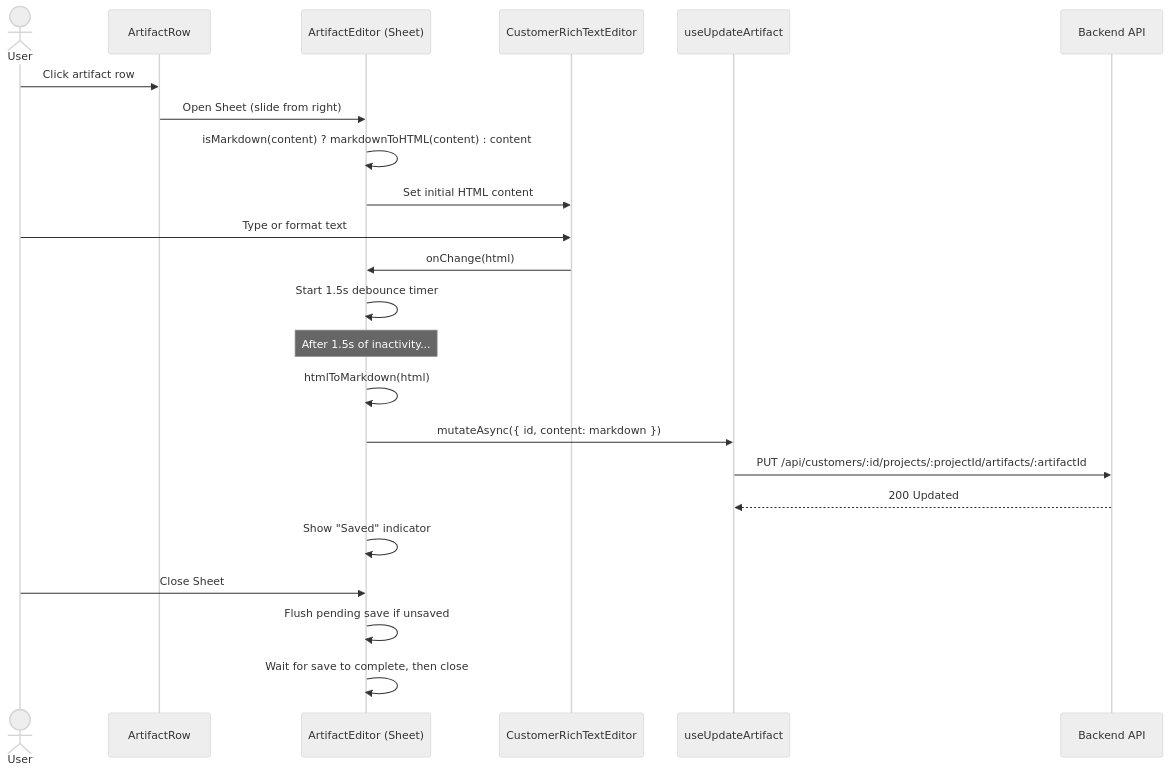
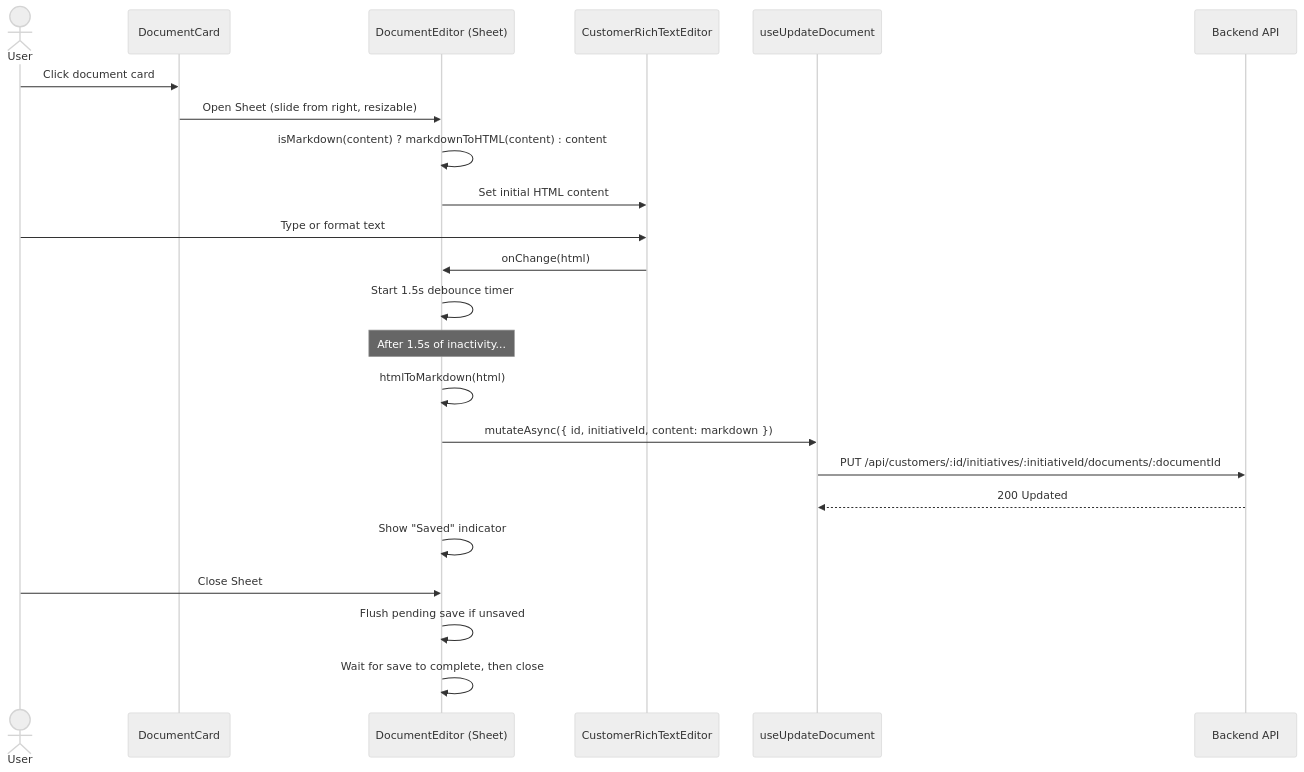
One commit to kobiagi-builder/nextup changed the sixth of 7 diagrams in docs/flows/customer-management-flow.md. Above: the diagram before and after it, drawn with Mermaid (neutral theme). The commit also changed other lines of this file and 159 other files, not shown here.

First line of the commit message:
feat: initiative-documents restructure, inline-style clipboard copy, chat copy button, document form UX fixes

````diff
--- a/docs/flows/customer-management-flow.md
+++ b/docs/flows/customer-management-flow.md
@@ -342,26 +341,26 @@
 ```mermaid
 sequenceDiagram
     actor User
-    participant Row as ArtifactRow
-    participant Editor as ArtifactEditor (Sheet)
+    participant Card as DocumentCard
+    participant Editor as DocumentEditor (Sheet)
     participant TipTap as CustomerRichTextEditor
-    participant Hook as useUpdateArtifact
+    participant Hook as useUpdateDocument
     participant API as Backend API
 
-    User->>Row: Click artifact row
-    Row->>Editor: Open Sheet (slide from right)
+    User->>Card: Click document card
+    Card->>Editor: Open Sheet (slide from right, resizable)
     Editor->>Editor: isMarkdown(content) ? markdownToHTML(content) : content
     Editor->>TipTap: Set initial HTML content
     User->>TipTap: Type or format text
     TipTap->>Editor: onChange(html)
     Editor->>Editor: Start 1.5s debounce timer
     Note over Editor: After 1.5s of inactivity...
     Editor->>Editor: htmlToMarkdown(html)
-    Editor->>Hook: mutateAsync({ id, content: markdown })
-    Hook->>API: PUT /api/customers/:id/projects/:projectId/artifacts/:artifactId
+    Editor->>Hook: mutateAsync({ id, initiativeId, content: markdown })
+    Hook->>API: PUT /api/customers/:id/initiatives/:initiativeId/documents/:documentId
     API-->>Hook: 200 Updated
     Editor->>Editor: Show "Saved" indicator
     User->>Editor: Close Sheet
     Editor->>Editor: Flush pending save if unsaved
     Editor->>Editor: Wait for save to complete, then close
 ```
````
